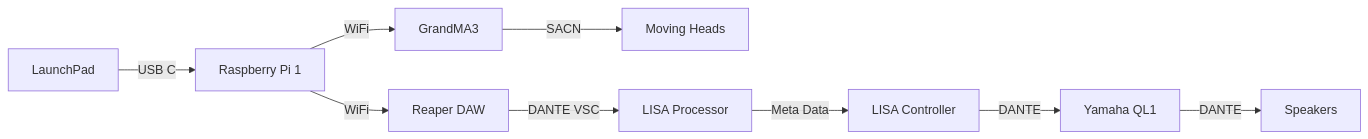
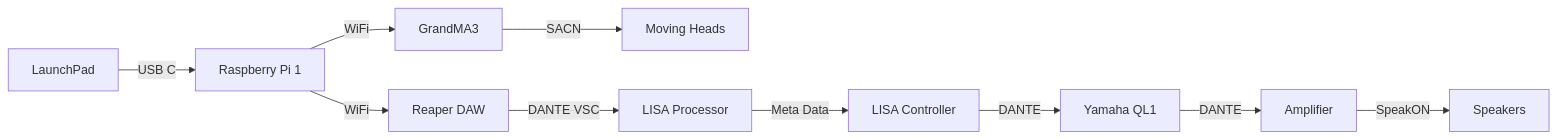
Before and after one commit to hugh-jessel/NYP-EGL314-MSP1: the diagram in POC/README.md, drawn with Mermaid.

````diff
--- a/POC/README.md
+++ b/POC/README.md
@@ -17,11 +17,12 @@
 ```mermaid
 graph LR
 B[GrandMA3] --SACN--> C[Moving Heads]
 D[LaunchPad] --USB C--> E[Raspberry Pi 1]
 E --WiFi --> B
 E --WiFi--> F[Reaper DAW]
 F --DANTE VSC--> G[LISA Processor]
 G --Meta Data--> H[LISA Controller]
 H --DANTE--> I[Yamaha QL1]
-I --DANTE--> J[Speakers]
+I --DANTE--> J[Amplifier]
+J --SpeakON--> K[Speakers]
 ```
````
